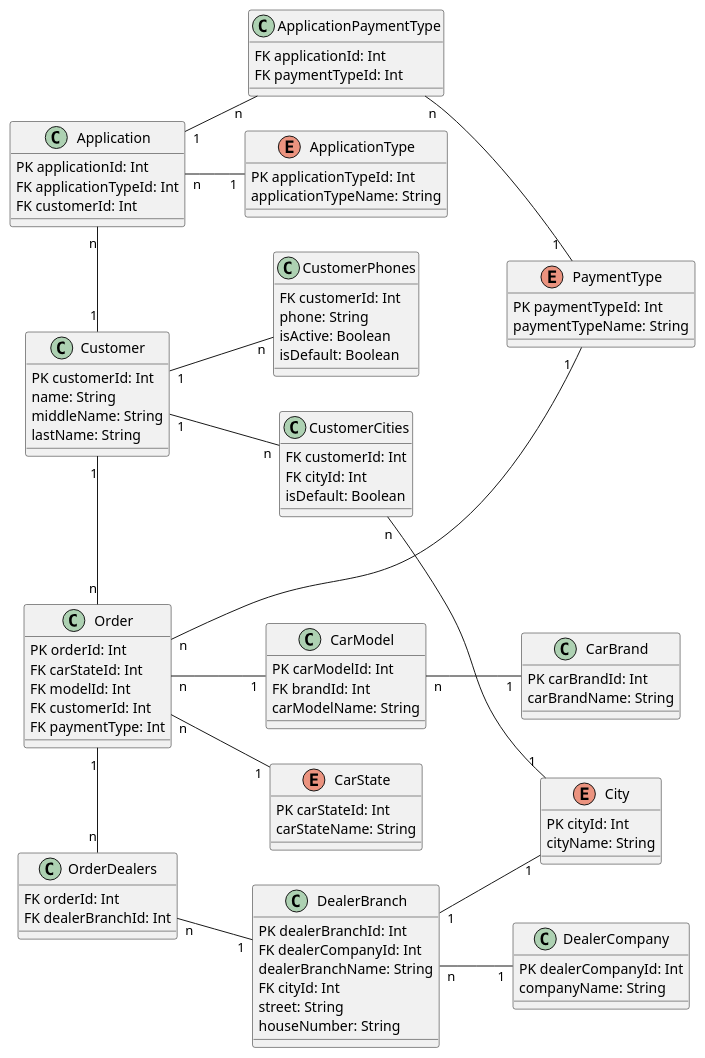
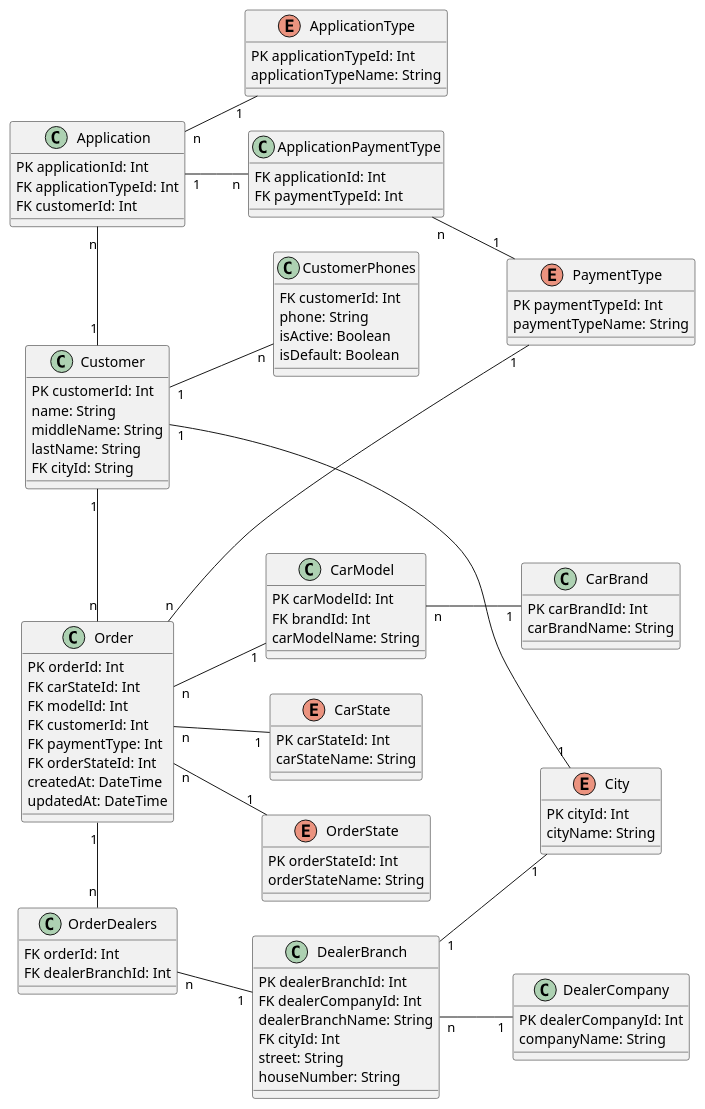
The diagram in autospot/Autospot_Order_ER_Physical.puml (grizzly-orange/test_tasks), drawn with PlantUML before and after one commit.

Commit message:
remove customer cities, add order state

```diff
--- a/autospot/Autospot_Order_ER_Physical.puml
+++ b/autospot/Autospot_Order_ER_Physical.puml
@@ -1,111 +1,114 @@
 @startuml Автоспот: физическая модель данных заказа
 
 left to right direction
 
 class Application {
     PK applicationId: Int
     FK applicationTypeId: Int
     FK customerId: Int
 }
 
 enum ApplicationType {
     PK applicationTypeId: Int
     applicationTypeName: String
 }
 
 enum PaymentType {
     PK paymentTypeId: Int
     paymentTypeName: String
 }
 
 class ApplicationPaymentType {
     FK applicationId: Int
     FK paymentTypeId: Int
 }
 
 class Customer {
     PK customerId: Int
     name: String
     middleName: String
     lastName: String
+    FK cityId: String
 }
 
 class CustomerPhones {
     FK customerId: Int
     phone: String
     isActive: Boolean
-    isDefault: Boolean
-}
-
-class CustomerCities {
-    FK customerId: Int
-    FK cityId: Int
     isDefault: Boolean
 }
 
 enum City {
     PK cityId: Int
     cityName: String
 }
 
 class Order {
     PK orderId: Int
     FK carStateId: Int
     FK modelId: Int
     FK customerId: Int
-    FK paymentType: Int 
+    FK paymentType: Int
+    FK orderStateId: Int
+    createdAt: DateTime
+    updatedAt: DateTime
+}
+
+enum OrderState {
+    PK orderStateId: Int
+    orderStateName: String
 }
 
 enum CarState {
     PK carStateId: Int
     carStateName: String
 }
 
 class CarBrand {
     PK carBrandId: Int
     carBrandName: String
 }
 
 class CarModel {
     PK carModelId: Int
     FK brandId: Int
     carModelName: String
 }
 
 class OrderDealers {
     FK orderId: Int
     FK dealerBranchId: Int
 }
 
 class DealerCompany {
     PK dealerCompanyId: Int
     companyName: String
 }
 
 class DealerBranch {
     PK dealerBranchId: Int
     FK dealerCompanyId: Int
     dealerBranchName: String
     FK cityId: Int
     street: String
     houseNumber: String
 }
 
 Application "n" -- "1" ApplicationType
 Application "1" -- "n" ApplicationPaymentType
-ApplicationPaymentType "n" -- "1  " PaymentType
+ApplicationPaymentType "n" -- "1" PaymentType
 Application "n" --right-- "1" Customer
 Customer "1" -- "n" CustomerPhones
-Customer "1" -- "n" CustomerCities
-CustomerCities "n" -- "1" City
+Customer "1" -- "1" City
 Customer "1" -right- "n" Order
 Order "n" -- "1" CarState
 Order "n" -- "1" CarModel
 CarBrand "1" -up- "n" CarModel
 Order "1" -right- "n" OrderDealers
 OrderDealers "n" -- "1" DealerBranch
 DealerBranch "n" -- "1" DealerCompany
 DealerBranch "1" -- "1" City
-Order "n" -- "1  " PaymentType
+Order "n" -- "1" PaymentType
+Order "n" -- "1" OrderState
 
 @enduml
```
